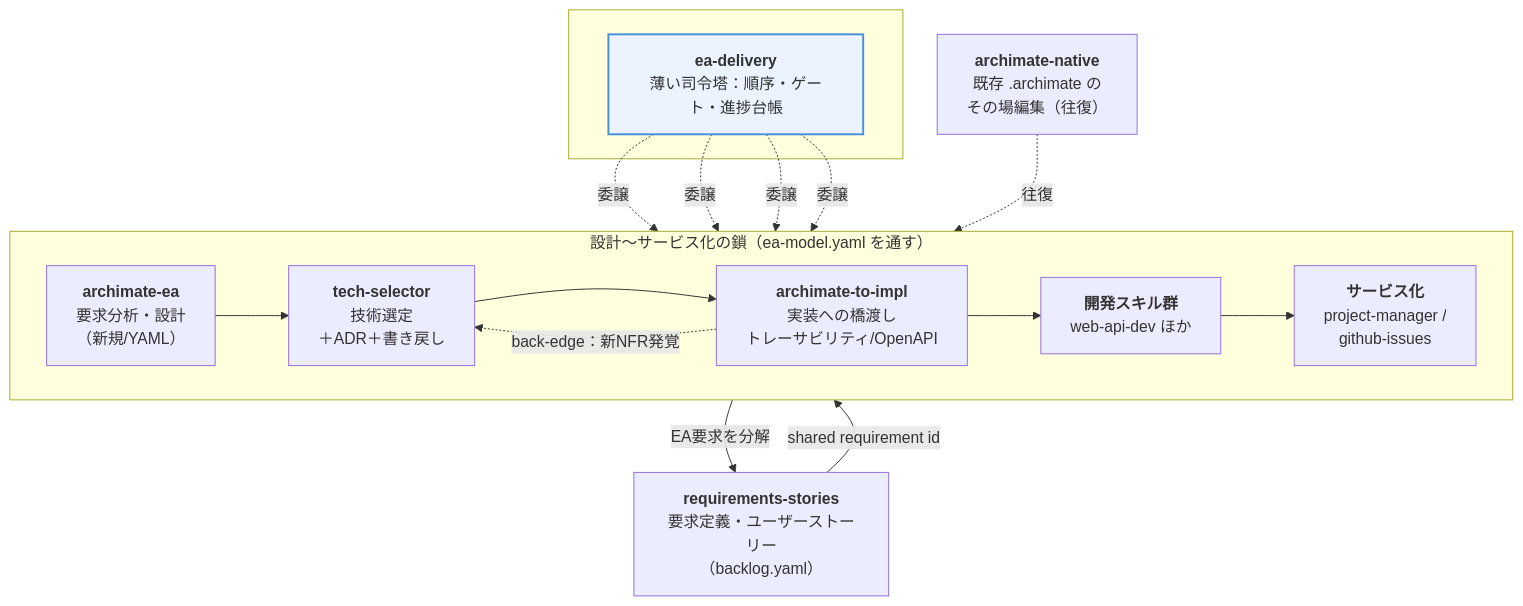
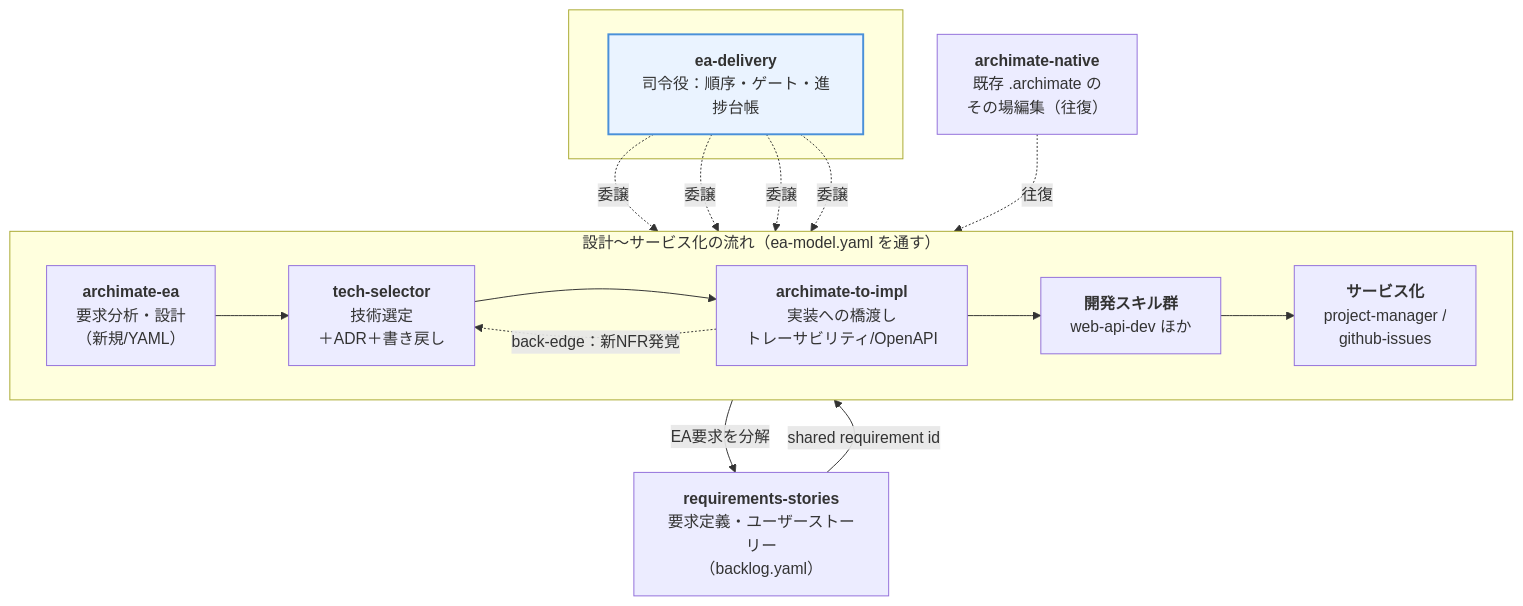
The diagram in site/ea/index.qmd (dobachi/claude-skills-marketplace), drawn with Mermaid before and after one commit. The commit also changed other lines of this file and 7 other files, not shown here.

````diff
--- a/site/ea/index.qmd
+++ b/site/ea/index.qmd
@@ -15,31 +15,31 @@
 ```{mermaid}
 flowchart TB
   subgraph Cond[" "]
-    E["<b>ea-delivery</b><br/>薄い司令塔：順序・ゲート・進捗台帳"]
+    E["<b>ea-delivery</b><br/>司令役：順序・ゲート・進捗台帳"]
   end
 
-  subgraph Chain["設計〜サービス化の鎖（ea-model.yaml を通す）"]
+  subgraph Chain["設計〜サービス化の流れ（ea-model.yaml を通す）"]
     direction LR
     A["<b>archimate-ea</b><br/>要求分析・設計<br/>（新規/YAML）"]
     T["<b>tech-selector</b><br/>技術選定<br/>＋ADR＋書き戻し"]
     I["<b>archimate-to-impl</b><br/>実装への橋渡し<br/>トレーサビリティ/OpenAPI"]
     D["<b>開発スキル群</b><br/>web-api-dev ほか"]
     S["<b>サービス化</b><br/>project-manager /<br/>github-issues"]
     A --> T --> I --> D --> S
     I -. "back-edge：新NFR発覚" .-> T
   end
 
   R["<b>requirements-stories</b><br/>要求定義・ユーザーストーリー<br/>（backlog.yaml）"]
   N["<b>archimate-native</b><br/>既存 .archimate の<br/>その場編集（往復）"]
 
   E -. 委譲 .-> A
   E -. 委譲 .-> T
   E -. 委譲 .-> I
   E -. 委譲 .-> D
   A -->|EA要求を分解| R
   R -->|shared requirement id| I
   N -. 往復 .-> A
 
   classDef hub fill:#eaf3ff,stroke:#4a90d9,stroke-width:2px;
   class E hub;
 ```
````
